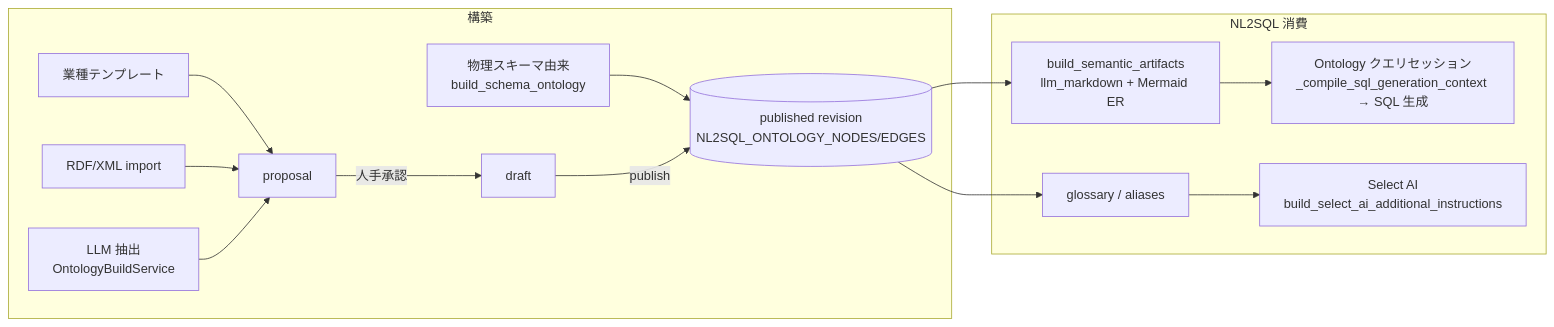
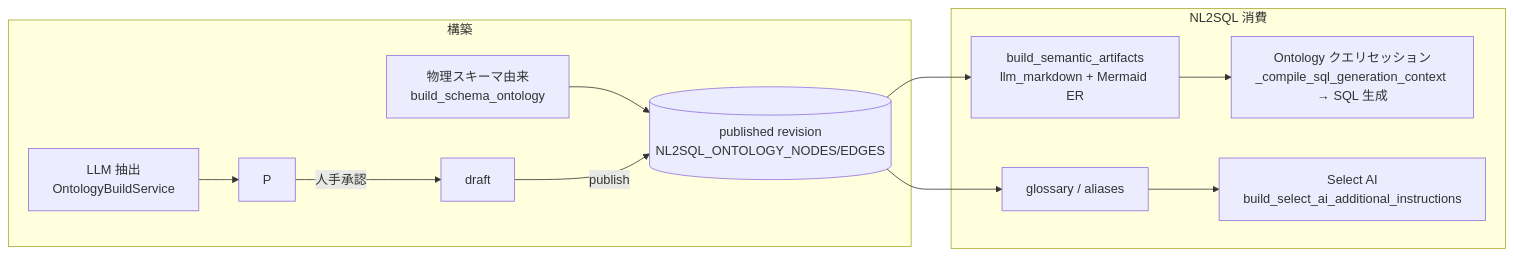
The diagram in nl2sql/docs/ontology-playground-study.md (engchina/no.1-production-ready-suite), drawn with Mermaid before and after one commit. The commit also changed other lines of this file and 72 other files, not shown here.

````diff
--- a/nl2sql/docs/ontology-playground-study.md
+++ b/nl2sql/docs/ontology-playground-study.md
@@ -96,16 +96,14 @@
 ```mermaid
 flowchart LR
     subgraph 構築
-        T[業種テンプレート] --> P[proposal]
-        R[RDF/XML import] --> P
         L[LLM 抽出<br/>OntologyBuildService] --> P
         S[物理スキーマ由来<br/>build_schema_ontology] --> O
         P -->|人手承認| D[draft] -->|publish| O[(published revision<br/>NL2SQL_ONTOLOGY_NODES/EDGES)]
     end
     subgraph NL2SQL 消費
         O --> M[build_semantic_artifacts<br/>llm_markdown + Mermaid ER]
         M --> Q[Ontology クエリセッション<br/>_compile_sql_generation_context → SQL 生成]
         O --> G[glossary / aliases]
         G --> A[Select AI<br/>build_select_ai_additional_instructions]
     end
 ```
````
